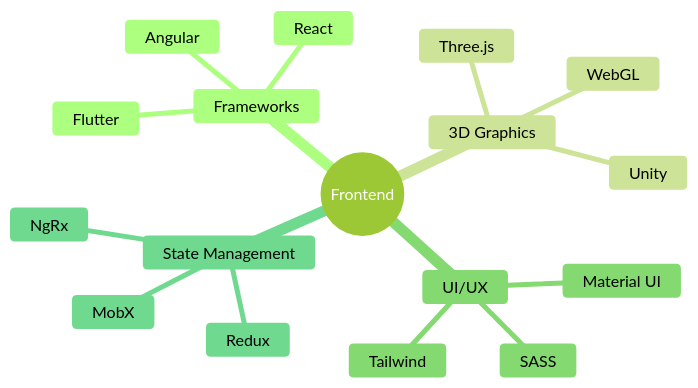
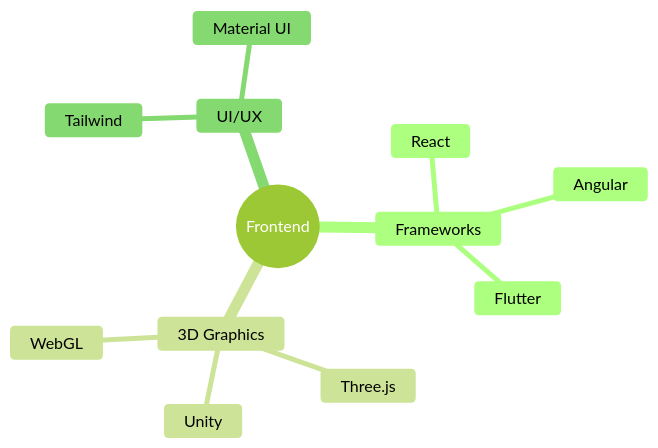
Before and after one commit to KhamessiTaha/KhamessiTaha: the first of 4 diagrams in README.md, drawn with Mermaid (forest theme). The commit also changed other lines of this file, not shown here.

````diff
--- a/README.md
+++ b/README.md
@@ -87,20 +87,15 @@
 ```mermaid
 mindmap
   root((Frontend))
     Frameworks
       React
       Angular
       Flutter
     3D Graphics
       Three.js
       Unity
       WebGL
     UI/UX
       Tailwind
-      SASS
       Material UI
-    State Management
-      Redux
-      NgRx
-      MobX
 ```
````
